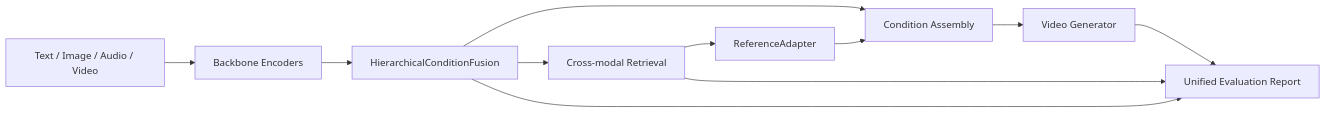
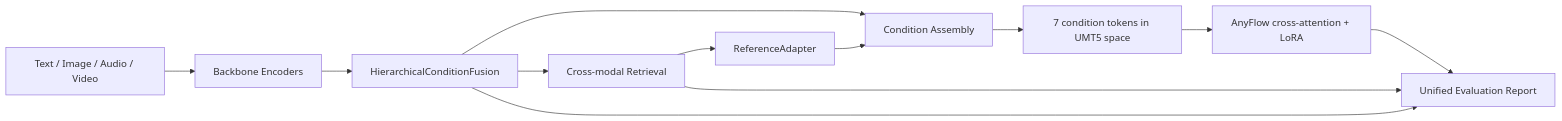
Before and after one commit to TomLjm/MUGen-VR: the diagram in README.md, drawn with Mermaid. The commit also changed other lines of this file and 1 other file, not shown here.

Commit message:
docs:align-release-readme-with-condition-tokens

````diff
--- a/README.md
+++ b/README.md
@@ -9,13 +9,14 @@
 ```mermaid
 flowchart LR
   A[Text / Image / Audio / Video] --> B[Backbone Encoders]
   B --> C[HierarchicalConditionFusion]
   C --> D[Cross-modal Retrieval]
   D --> E[ReferenceAdapter]
   C --> F[Condition Assembly]
   E --> F
-  F --> G[Video Generator]
-  G --> H[Unified Evaluation Report]
+  F --> G[7 condition tokens in UMT5 space]
+  G --> I[AnyFlow cross-attention + LoRA]
+  I --> H[Unified Evaluation Report]
   D --> H
   C --> H
 ```
````
